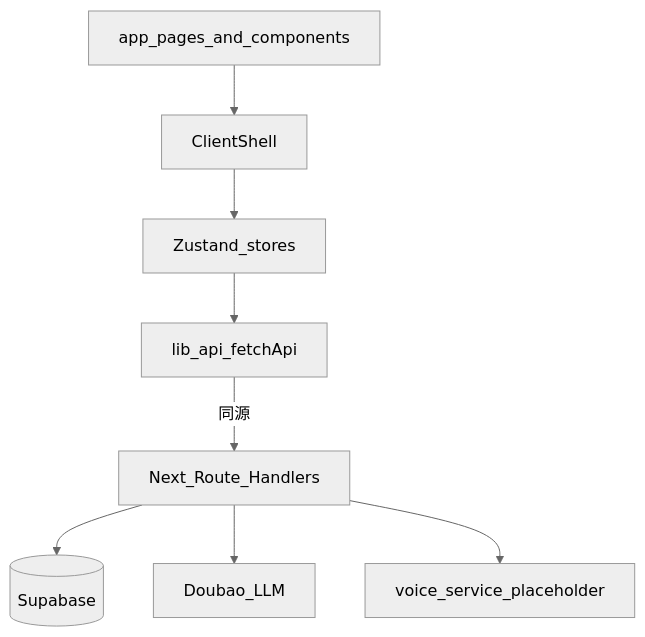
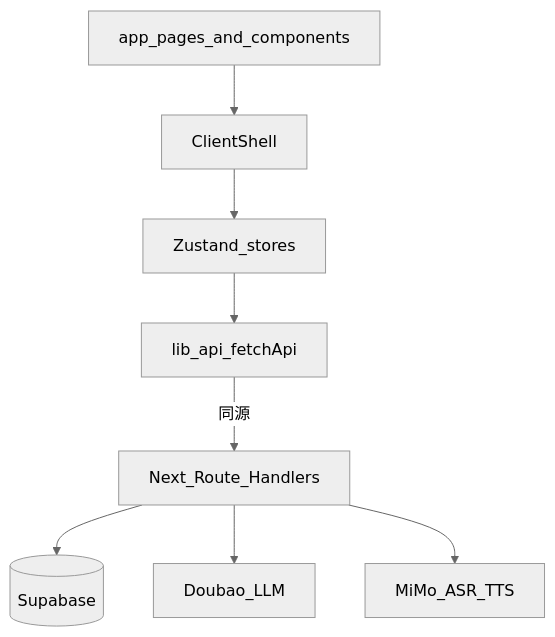
One commit to AIMFllys/SangZi_Care changed the diagram in docs/详解/项目结构详解.md. Above: the diagram before and after it, drawn with Mermaid (neutral theme). The commit also changed other lines of this file and 5 other files, not shown here.

````diff
--- a/docs/详解/项目结构详解.md
+++ b/docs/详解/项目结构详解.md
@@ -321,18 +322,18 @@
 ```mermaid
 flowchart TB
   UI[app_pages_and_components]
   Shell[ClientShell]
   Stores[Zustand_stores]
   Api[lib_api_fetchApi]
   EdgeNext[Next_Route_Handlers]
   SB[(Supabase)]
   Doubao[Doubao_LLM]
-  VoiceStub[voice_service_placeholder]
+  MiMo[MiMo_ASR_TTS]
   UI --> Shell
   Shell --> Stores
   Stores --> Api
   Api -->|"同源"| EdgeNext
   EdgeNext --> SB
   EdgeNext --> Doubao
-  EdgeNext --> VoiceStub
+  EdgeNext --> MiMo
 ```
````
